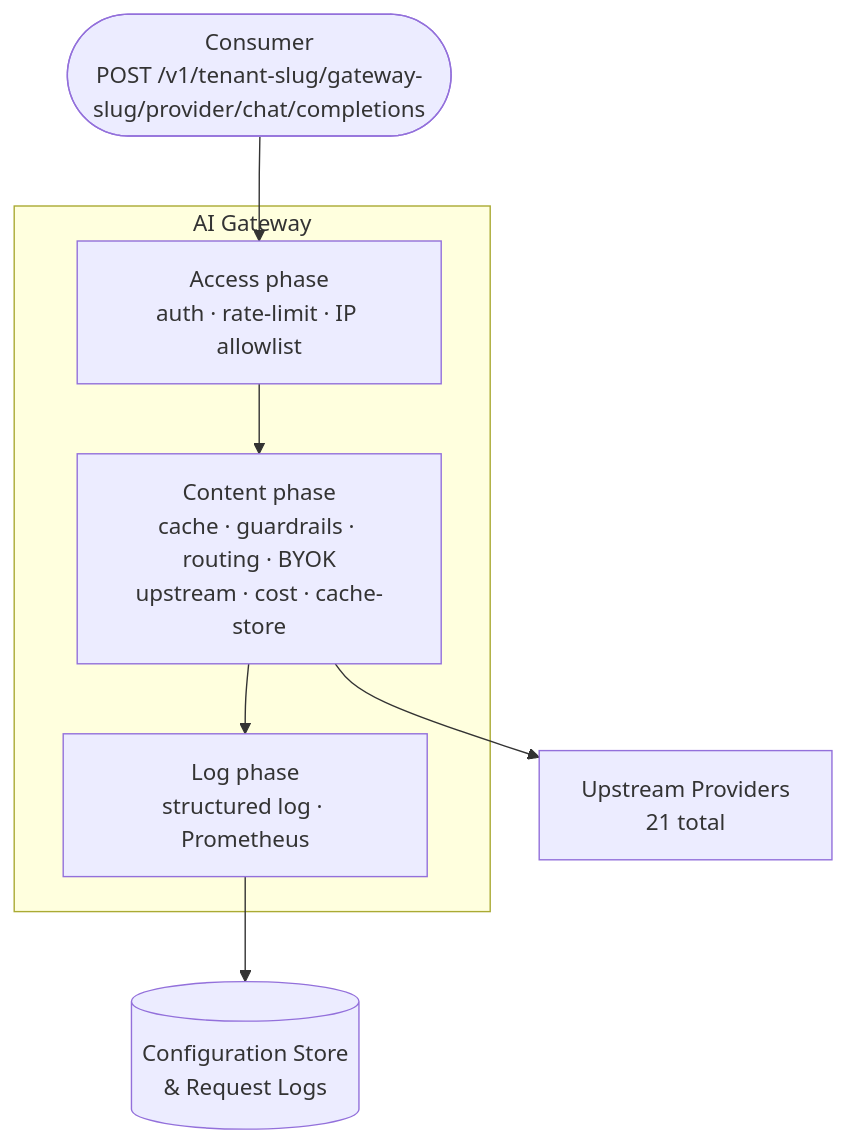
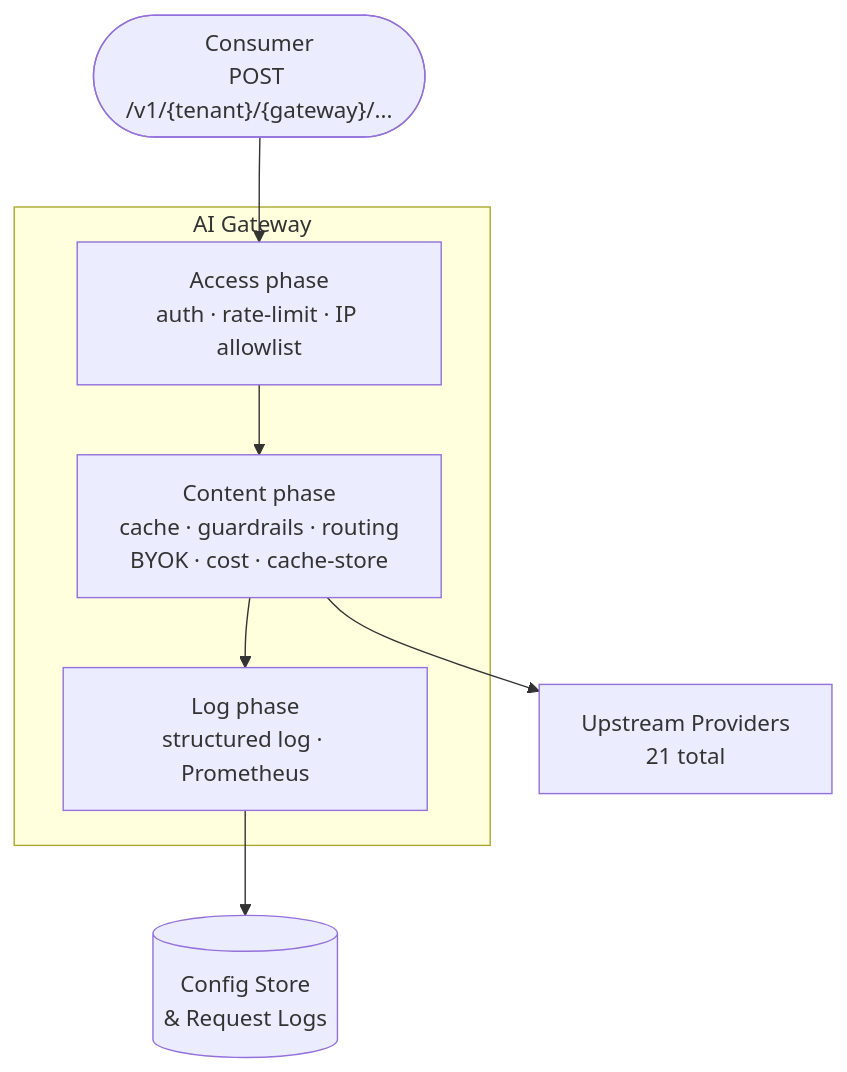
One commit to Myra-Security-GmbH/myraai-ios changed the diagram in docs/docs.md/getting-started/what-is-ai-gateway.md. Above: the diagram before and after it, drawn with Mermaid. The commit also changed 12 other files, not shown here.

````diff
--- a/docs/docs.md/getting-started/what-is-ai-gateway.md
+++ b/docs/docs.md/getting-started/what-is-ai-gateway.md
@@ -43,15 +43,15 @@
 ```mermaid
 flowchart TD
-    Client(["Consumer<br/>POST /v1/tenant-slug/gateway-slug/provider/chat/completions"])
+    Client(["Consumer<br/>POST /v1/{tenant}/{gateway}/..."])
     Client --> A
 
     subgraph GW ["AI Gateway"]
         A["Access phase<br/>auth · rate-limit · IP allowlist"]
-        B["Content phase<br/>cache · guardrails · routing · BYOK<br/>upstream · cost · cache-store"]
+        B["Content phase<br/>cache · guardrails · routing<br/>BYOK · cost · cache-store"]
         C["Log phase<br/>structured log · Prometheus"]
         A --> B --> C
     end
 
     B --> UP["Upstream Providers<br/>21 total"]
-    C --> DB[("Configuration Store<br/>& Request Logs")]
+    C --> DB[("Config Store<br/>& Request Logs")]
 ```
````
